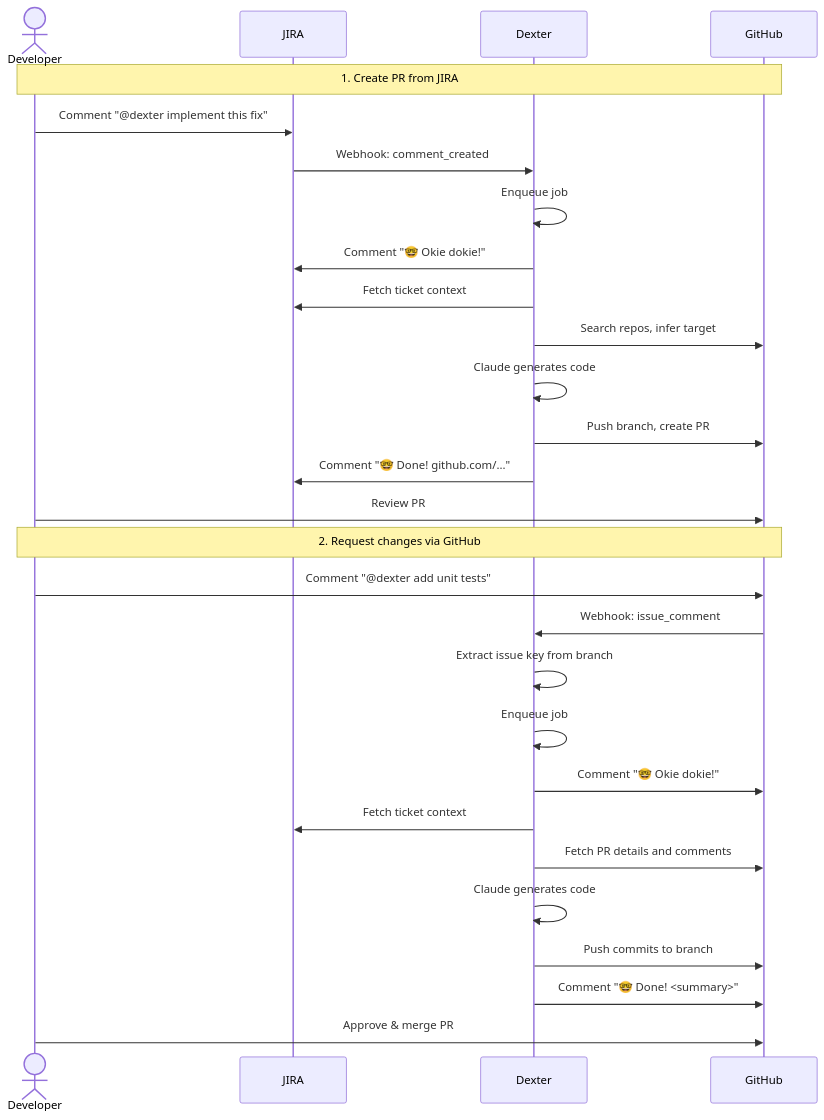
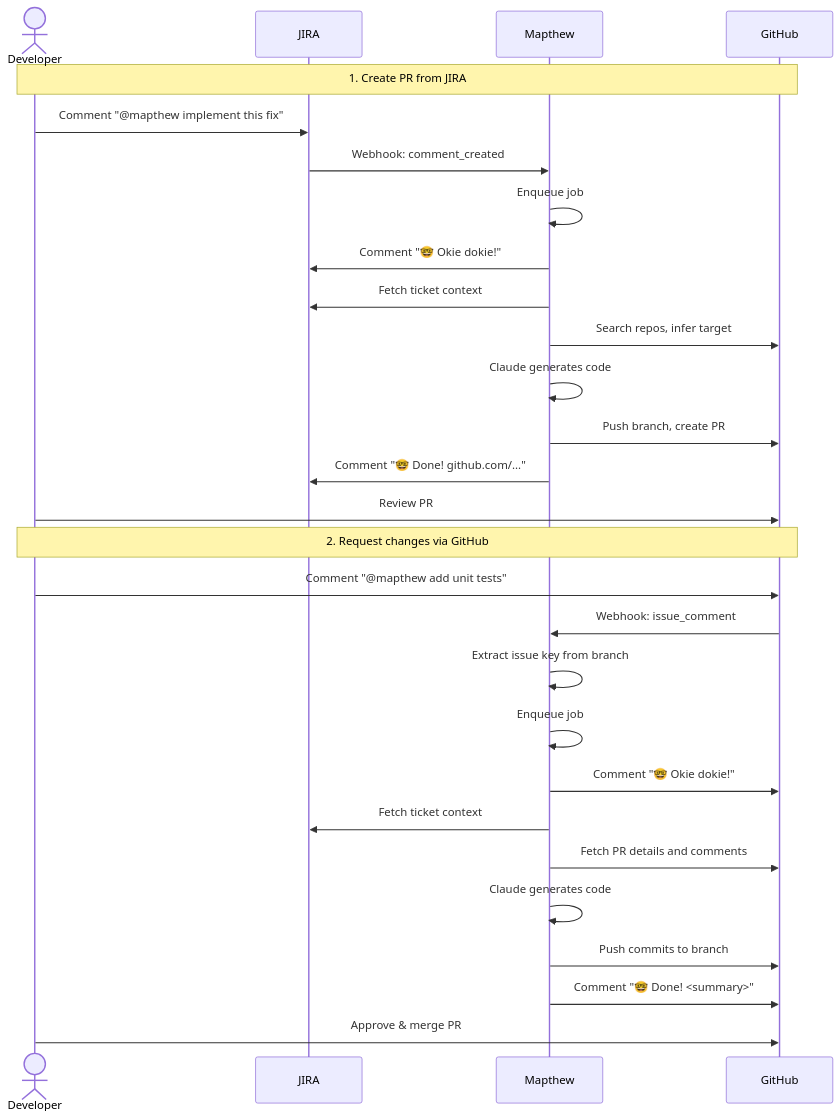
The second of 5 diagrams in docs/architecture.md (mappedin-dev/dexter), drawn with Mermaid before and after one commit. The commit also changed other lines of this file and 30 other files, not shown here.

First line of the commit message:
refactor: rename dexter to mapthew with configurable bot name (#7)

````diff
--- a/docs/architecture.md
+++ b/docs/architecture.md
@@ -44,38 +44,38 @@
 ```mermaid
 sequenceDiagram
     actor Dev as Developer
     participant JIRA
-    participant System as Dexter
+    participant System as Mapthew
     participant GH as GitHub
 
     Note over Dev,GH: 1. Create PR from JIRA
 
-    Dev->>JIRA: Comment "@dexter implement this fix"
+    Dev->>JIRA: Comment "@mapthew implement this fix"
     JIRA->>System: Webhook: comment_created
     System->>System: Enqueue job
     System->>JIRA: Comment "🤓 Okie dokie!"
 
     System->>JIRA: Fetch ticket context
     System->>GH: Search repos, infer target
     System->>System: Claude generates code
     System->>GH: Push branch, create PR
     System->>JIRA: Comment "🤓 Done! github.com/..."
 
     Dev->>GH: Review PR
 
     Note over Dev,GH: 2. Request changes via GitHub
 
-    Dev->>GH: Comment "@dexter add unit tests"
+    Dev->>GH: Comment "@mapthew add unit tests"
     GH->>System: Webhook: issue_comment
     System->>System: Extract issue key from branch
     System->>System: Enqueue job
     System->>GH: Comment "🤓 Okie dokie!"
 
     System->>JIRA: Fetch ticket context
     System->>GH: Fetch PR details and comments
     System->>System: Claude generates code
     System->>GH: Push commits to branch
     System->>GH: Comment "🤓 Done! <summary>"
 
     Dev->>GH: Approve & merge PR
 ```
````
